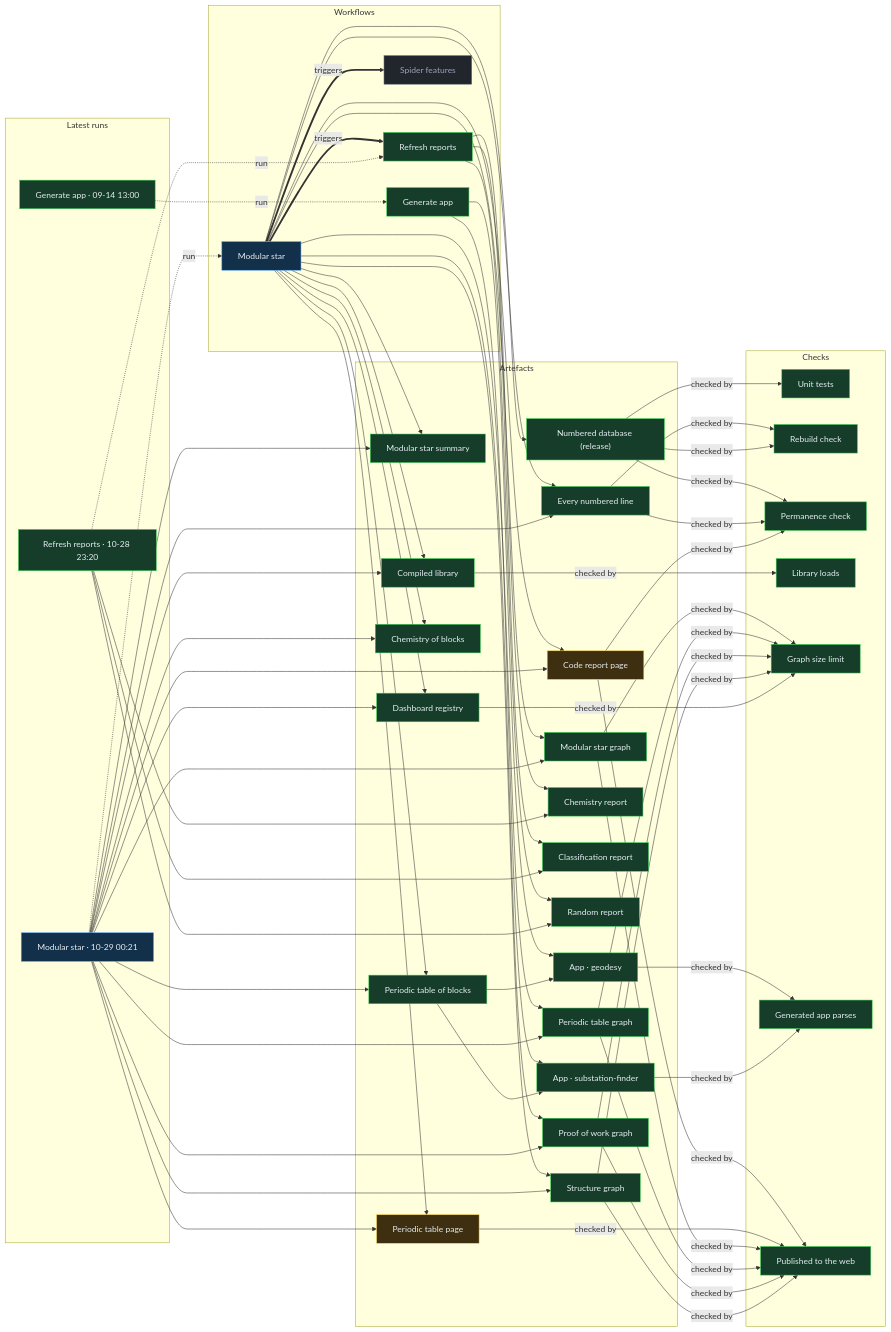
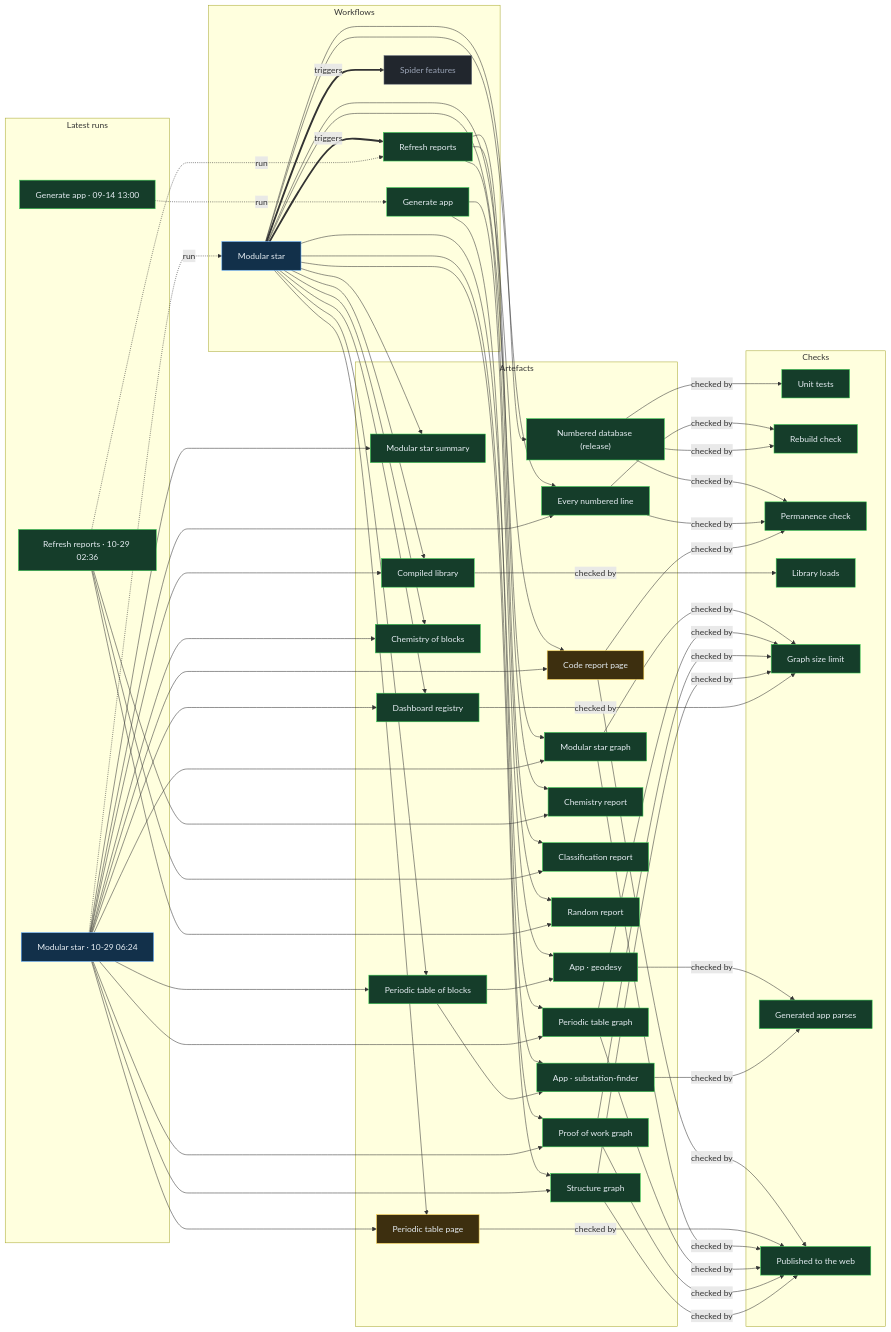
One commit to Ventusltd/stars changed the diagram in proof/PROOF.md. Above: the diagram before and after it, drawn with Mermaid. The commit also changed other lines of this file and 242 other files, not shown here.

Commit message:
Modular star 2026-10-29T06:27Z

```diff
--- a/proof/PROOF.md
+++ b/proof/PROOF.md
@@ -24,8 +24,8 @@
   n_wf_spider_features["Spider features"]:::off
   end
   subgraph g_runs["Latest runs"]
-  n_run_40793506344["Modular star · 10-29 00:21"]:::live
-  n_run_40786713952["Refresh reports · 10-28 23:20"]:::ok
+  n_run_40828994345["Modular star · 10-29 06:24"]:::live
+  n_run_40807358074["Refresh reports · 10-29 02:36"]:::ok
   n_run_34846587798["Generate app · 09-14 13:00"]:::ok
   end
   subgraph g_artefacts["Artefacts"]
@@ -59,39 +59,39 @@
   end
   n_wf_modular_star == triggers ==> n_wf_refresh
   n_wf_modular_star == triggers ==> n_wf_spider_features
-  n_run_40793506344 -. run .-> n_wf_modular_star
-  n_run_40786713952 -. run .-> n_wf_refresh
+  n_run_40828994345 -. run .-> n_wf_modular_star
+  n_run_40807358074 -. run .-> n_wf_refresh
   n_run_34846587798 -. run .-> n_wf_generate
   n_wf_modular_star --> n_art_summary
-  n_run_40793506344 --> n_art_summary
+  n_run_40828994345 --> n_art_summary
   n_wf_modular_star --> n_art_lines
-  n_run_40793506344 --> n_art_lines
+  n_run_40828994345 --> n_art_lines
   n_wf_modular_star --> n_art_code
-  n_run_40793506344 --> n_art_code
+  n_run_40828994345 --> n_art_code
   n_wf_modular_star --> n_art_modular_graph
-  n_run_40793506344 --> n_art_modular_graph
+  n_run_40828994345 --> n_art_modular_graph
   n_wf_modular_star --> n_art_blocks
-  n_run_40793506344 --> n_art_blocks
+  n_run_40828994345 --> n_art_blocks
   n_wf_modular_star --> n_art_table
-  n_run_40793506344 --> n_art_table
+  n_run_40828994345 --> n_art_table
   n_wf_modular_star --> n_art_blocks_graph
-  n_run_40793506344 --> n_art_blocks_graph
+  n_run_40828994345 --> n_art_blocks_graph
   n_wf_modular_star --> n_art_reactions
-  n_run_40793506344 --> n_art_reactions
+  n_run_40828994345 --> n_art_reactions
   n_wf_modular_star --> n_art_library
-  n_run_40793506344 --> n_art_library
+  n_run_40828994345 --> n_art_library
   n_wf_modular_star --> n_art_features
-  n_run_40793506344 --> n_art_features
+  n_run_40828994345 --> n_art_features
   n_wf_modular_star --> n_art_proof
-  n_run_40793506344 --> n_art_proof
+  n_run_40828994345 --> n_art_proof
   n_wf_modular_star --> n_art_structure
-  n_run_40793506344 --> n_art_structure
+  n_run_40828994345 --> n_art_structure
   n_wf_refresh --> n_art_chemistry
-  n_run_40786713952 --> n_art_chemistry
+  n_run_40807358074 --> n_art_chemistry
   n_wf_refresh --> n_art_vedic
-  n_run_40786713952 --> n_art_vedic
+  n_run_40807358074 --> n_art_vedic
   n_wf_refresh --> n_art_random
-  n_run_40786713952 --> n_art_random
+  n_run_40807358074 --> n_art_random
   n_wf_modular_star --> n_art_release
   n_wf_generate --> n_app_geodesy
   n_art_blocks --> n_app_geodesy
```
